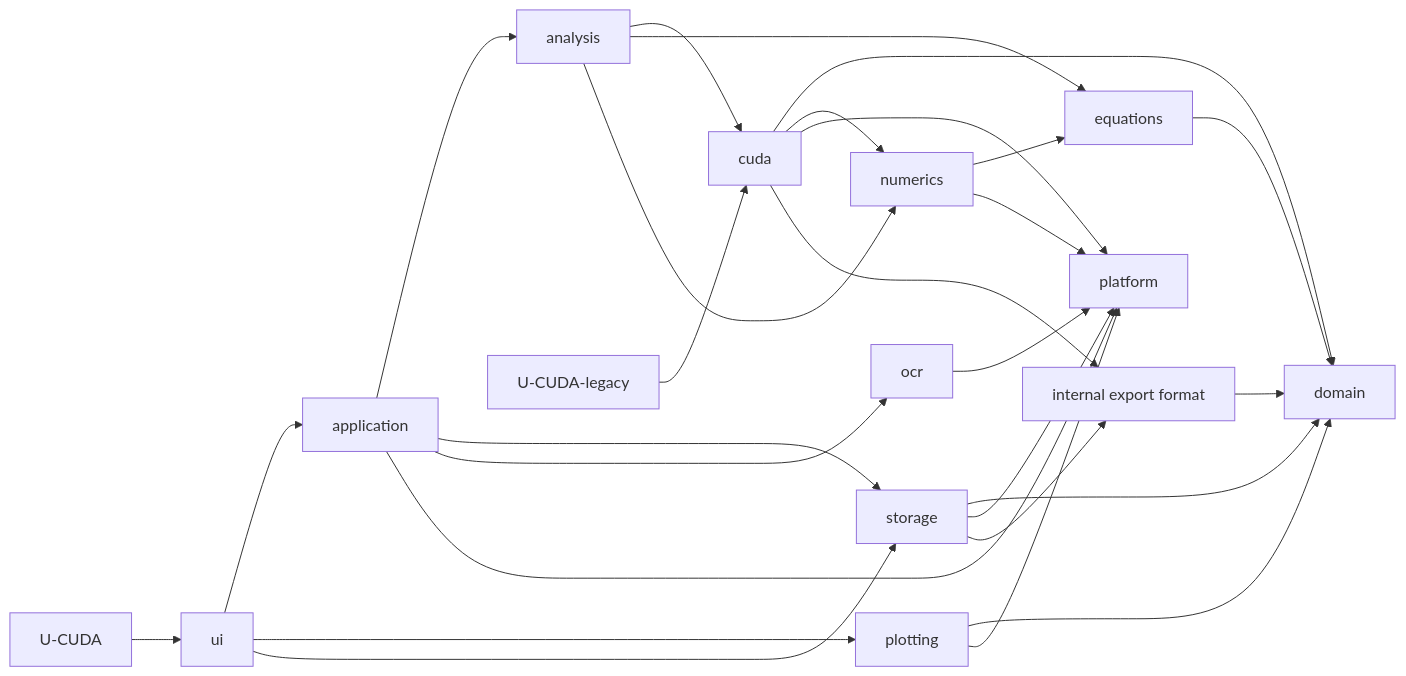
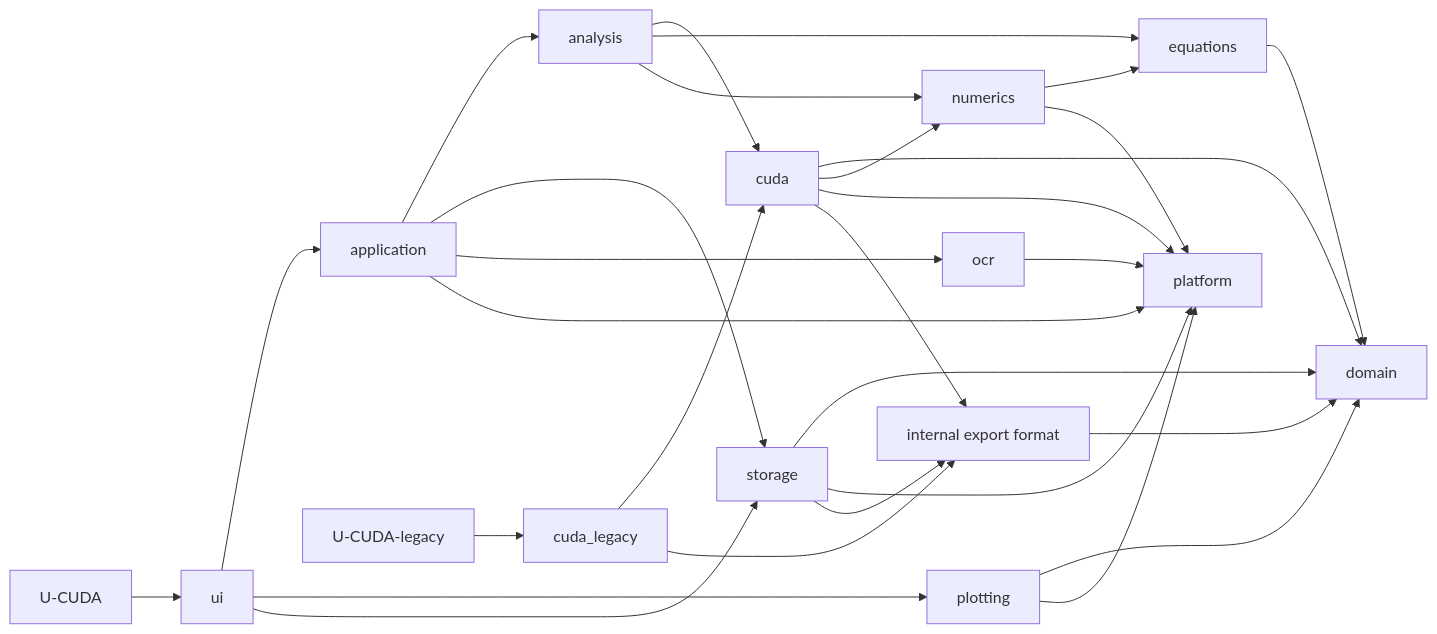
One commit to 0JASQUE0/U-CUDA changed the diagram in ARCHITECTURE.md. Above: the diagram before and after it, drawn with Mermaid. The commit also changed 3 other files, not shown here.

First line of the commit message:
Архитектура: NVCC-библиотека legacy — отдельная цель ucuda::cuda_legacy

````diff
--- a/ARCHITECTURE.md
+++ b/ARCHITECTURE.md
@@ -5,44 +5,47 @@
 ```mermaid
 flowchart LR
     domain[domain]
     platform[platform]
     equations[equations]
     numerics[numerics]
     exportfmt[internal export format]
     cuda[cuda]
+    cudalegacy[cuda_legacy]
     analysis[analysis]
     storage[storage]
     ocr[ocr]
     application[application]
     plotting[plotting]
     ui[ui]
     desktop[U-CUDA]
     legacy[U-CUDA-legacy]
 
     equations --> domain
     numerics --> equations
     numerics --> platform
     exportfmt --> domain
     cuda --> domain
     cuda --> numerics
     cuda --> platform
     cuda --> exportfmt
     analysis --> cuda
     analysis --> equations
     analysis --> numerics
     storage --> domain
     storage --> platform
     storage --> exportfmt
     ocr --> platform
     application --> analysis
     application --> storage
     application --> ocr
     application --> platform
     plotting --> domain
     plotting --> platform
     ui --> application
     ui --> plotting
     ui --> storage
     desktop --> ui
-    legacy --> cuda
+    cudalegacy --> cuda
+    cudalegacy --> exportfmt
+    legacy --> cudalegacy
 ```
````
